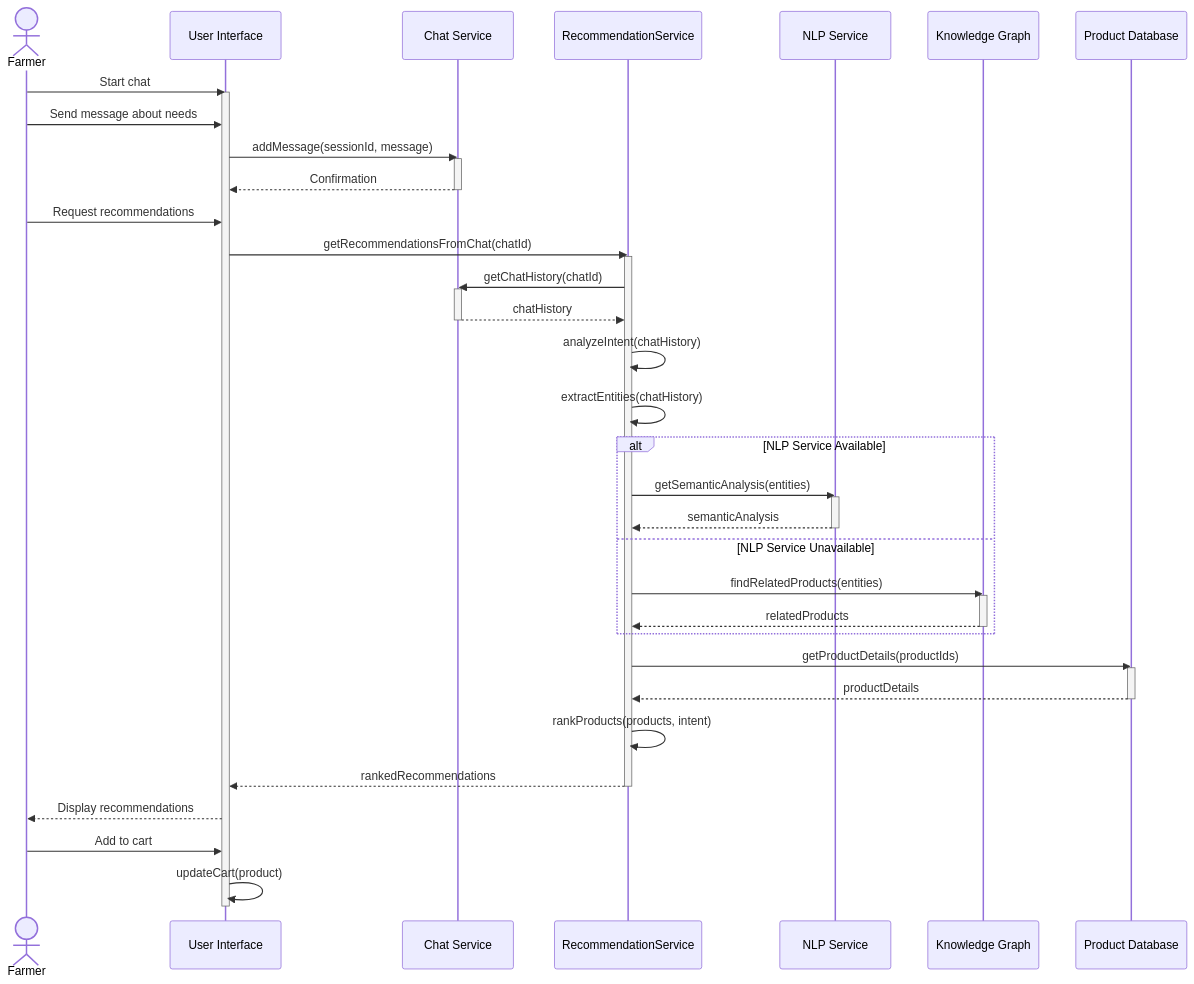
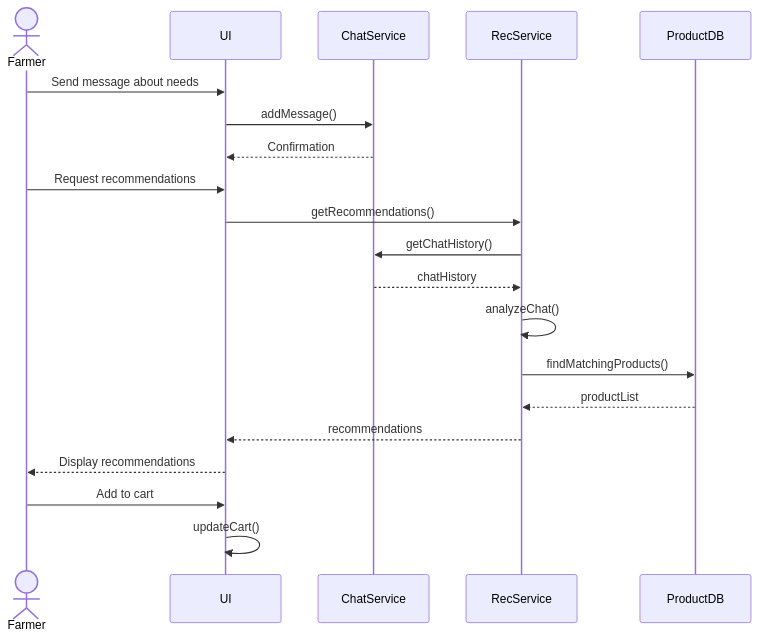
The fourth of 7 diagrams in documentation/digram.md (Gauravkrsah/Cropsay), drawn with Mermaid before and after one commit. The commit also changed other lines of this file, not shown here.

Commit message:
Simplify and clean up system diagrams for better visualization

````diff
--- a/documentation/digram.md
+++ b/documentation/digram.md
@@ -272,59 +156,27 @@
 ```mermaid
 sequenceDiagram
     actor Farmer
-    participant UI as User Interface
-    participant ChatSvc as Chat Service
-    participant RecSvc as RecommendationService
-    participant NLP as NLP Service
-    participant KG as Knowledge Graph
-    participant DB as Product Database
-    
-    Farmer->>UI: Start chat
-    activate UI
+    participant UI
+    participant ChatService
+    participant RecService
+    participant ProductDB
     
     Farmer->>UI: Send message about needs
-    UI->>ChatSvc: addMessage(sessionId, message)
-    activate ChatSvc
-    ChatSvc-->>UI: Confirmation
-    deactivate ChatSvc
+    UI->>ChatService: addMessage()
+    ChatService-->>UI: Confirmation
     
     Farmer->>UI: Request recommendations
-    UI->>RecSvc: getRecommendationsFromChat(chatId)
-    activate RecSvc
+    UI->>RecService: getRecommendations()
+    RecService->>ChatService: getChatHistory()
+    ChatService-->>RecService: chatHistory
     
-    RecSvc->>ChatSvc: getChatHistory(chatId)
-    activate ChatSvc
-    ChatSvc-->>RecSvc: chatHistory
-    deactivate ChatSvc
+    RecService->>RecService: analyzeChat()
+    RecService->>ProductDB: findMatchingProducts()
+    ProductDB-->>RecService: productList
     
-    RecSvc->>RecSvc: analyzeIntent(chatHistory)
-    RecSvc->>RecSvc: extractEntities(chatHistory)
-    
-    alt NLP Service Available
-        RecSvc->>NLP: getSemanticAnalysis(entities)
-        activate NLP
-        NLP-->>RecSvc: semanticAnalysis
-        deactivate NLP
-    else NLP Service Unavailable
-        RecSvc->>KG: findRelatedProducts(entities)
-        activate KG
-        KG-->>RecSvc: relatedProducts
-        deactivate KG
-    end
-    
-    RecSvc->>DB: getProductDetails(productIds)
-    activate DB
-    DB-->>RecSvc: productDetails
-    deactivate DB
-    
-    RecSvc->>RecSvc: rankProducts(products, intent)
-    RecSvc-->>UI: rankedRecommendations
-    deactivate RecSvc
-    
+    RecService-->>UI: recommendations
     UI-->>Farmer: Display recommendations
     
     Farmer->>UI: Add to cart
-    UI->>UI: updateCart(product)
-    
-    deactivate UI
+    UI->>UI: updateCart()
 ```
````
